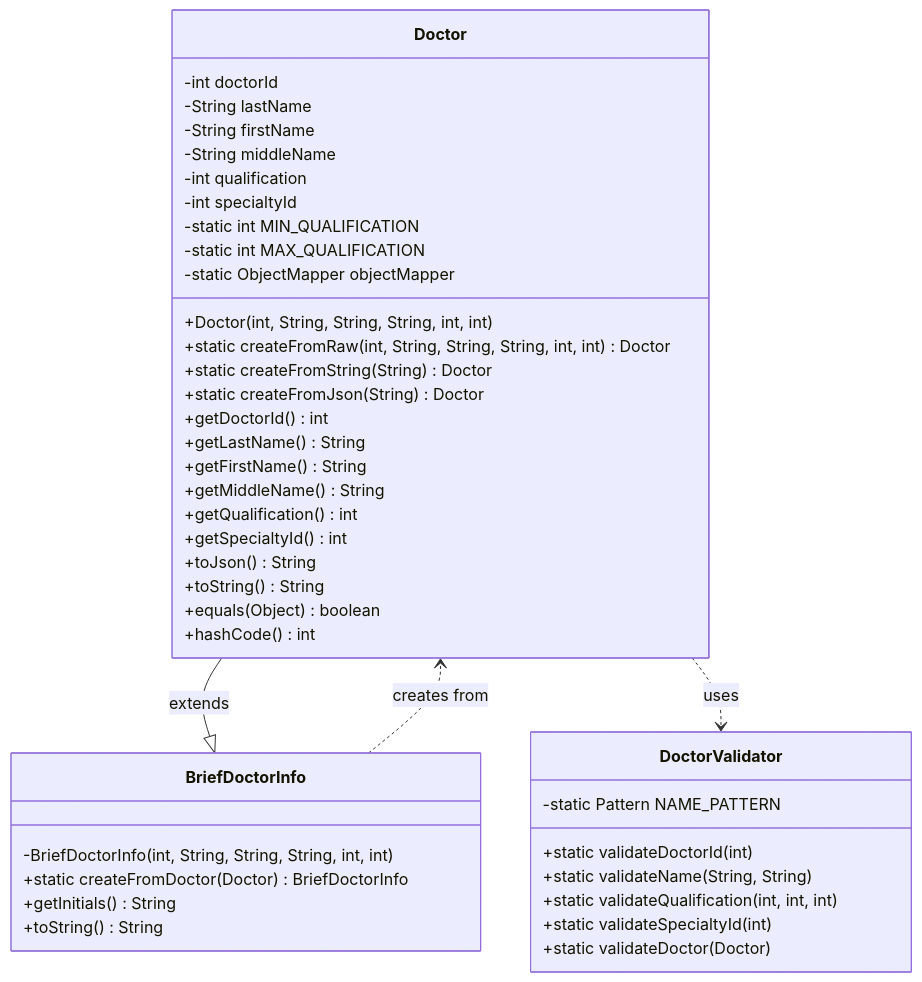
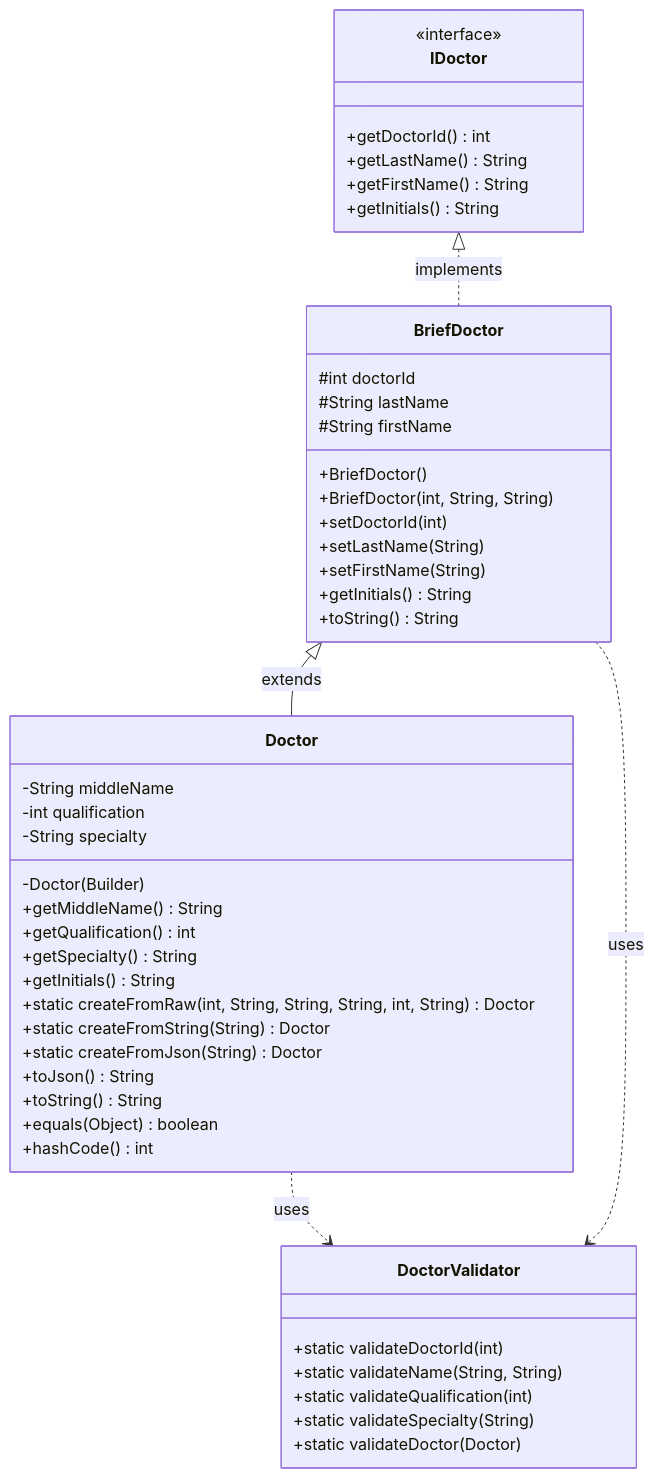
One commit to 0xEodum/OOP changed the second of 2 diagrams in README.md. Above: the diagram before and after it, drawn with Mermaid. The commit also changed other lines of this file and 23 other files, not shown here.

````diff
--- a/README.md
+++ b/README.md
@@ -71,48 +62,54 @@
 ```mermaid
 classDiagram
-    class Doctor {
-        -int doctorId
-        -String lastName
-        -String firstName
-        -String middleName
-        -int qualification
-        -int specialtyId
-        -static int MIN_QUALIFICATION
-        -static int MAX_QUALIFICATION
-        -static ObjectMapper objectMapper
-        +Doctor(int, String, String, String, int, int)
-        +static createFromRaw(int, String, String, String, int, int) Doctor
-        +static createFromString(String) Doctor
-        +static createFromJson(String) Doctor
+    class IDoctor {
+        <<interface>>
         +getDoctorId() int
         +getLastName() String
         +getFirstName() String
+        +getInitials() String
+    }
+
+    class BriefDoctor {
+        #int doctorId
+        #String lastName
+        #String firstName
+        +BriefDoctor()
+        +BriefDoctor(int, String, String)
+        +setDoctorId(int)
+        +setLastName(String)
+        +setFirstName(String)
+        +getInitials() String
+        +toString() String
+    }
+
+    class Doctor {
+        -String middleName
+        -int qualification
+        -String specialty
+        -Doctor(Builder)
         +getMiddleName() String
         +getQualification() int
-        +getSpecialtyId() int
+        +getSpecialty() String
+        +getInitials() String
+        +static createFromRaw(int, String, String, String, int, String) Doctor
+        +static createFromString(String) Doctor
+        +static createFromJson(String) Doctor
         +toJson() String
         +toString() String
         +equals(Object) boolean
         +hashCode() int
     }
 
     class DoctorValidator {
-        -static Pattern NAME_PATTERN
         +static validateDoctorId(int)
         +static validateName(String, String)
-        +static validateQualification(int, int, int)
-        +static validateSpecialtyId(int)
+        +static validateQualification(int)
+        +static validateSpecialty(String)
         +static validateDoctor(Doctor)
     }
 
-    class BriefDoctorInfo {
-        -BriefDoctorInfo(int, String, String, String, int, int)
-        +static createFromDoctor(Doctor) BriefDoctorInfo
-        +getInitials() String
-        +toString() String
-    }
-
-    Doctor --|> BriefDoctorInfo : extends
+    IDoctor <|.. BriefDoctor : implements
+    BriefDoctor <|-- Doctor : extends
     Doctor ..> DoctorValidator : uses
-    BriefDoctorInfo ..> Doctor : creates from
+    BriefDoctor ..> DoctorValidator : uses
 ```
````
